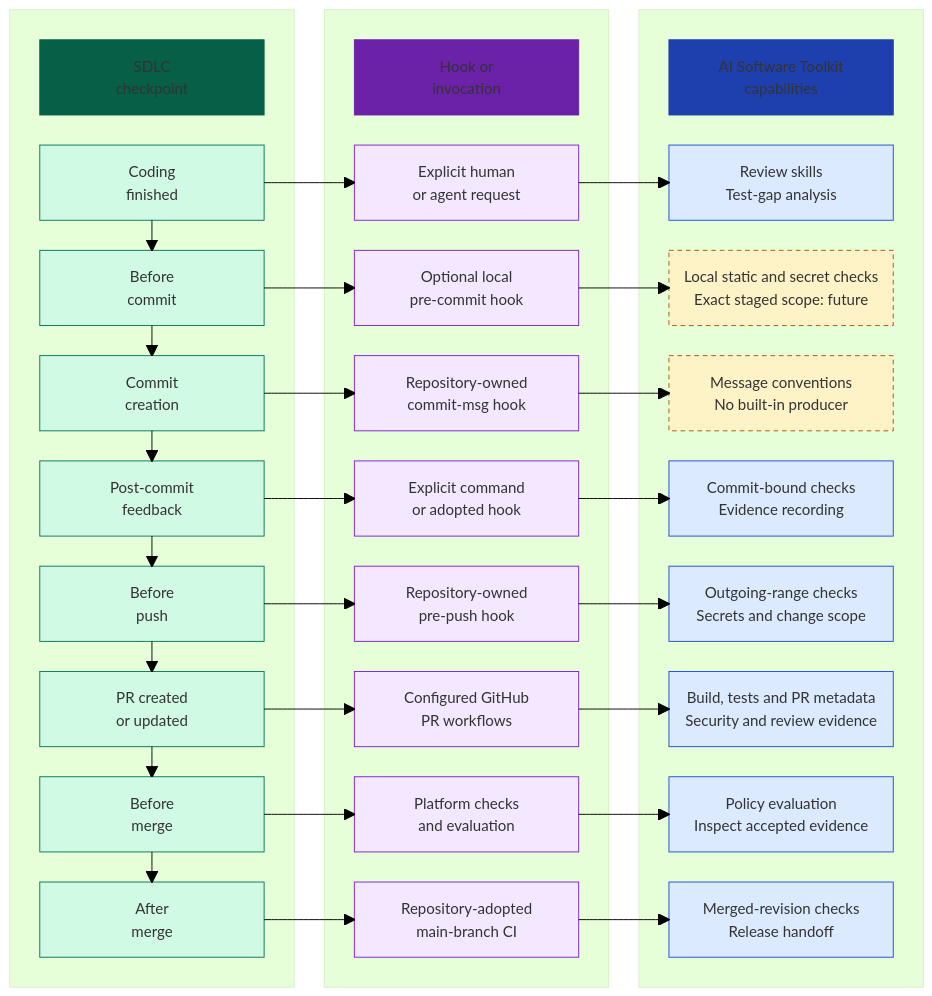
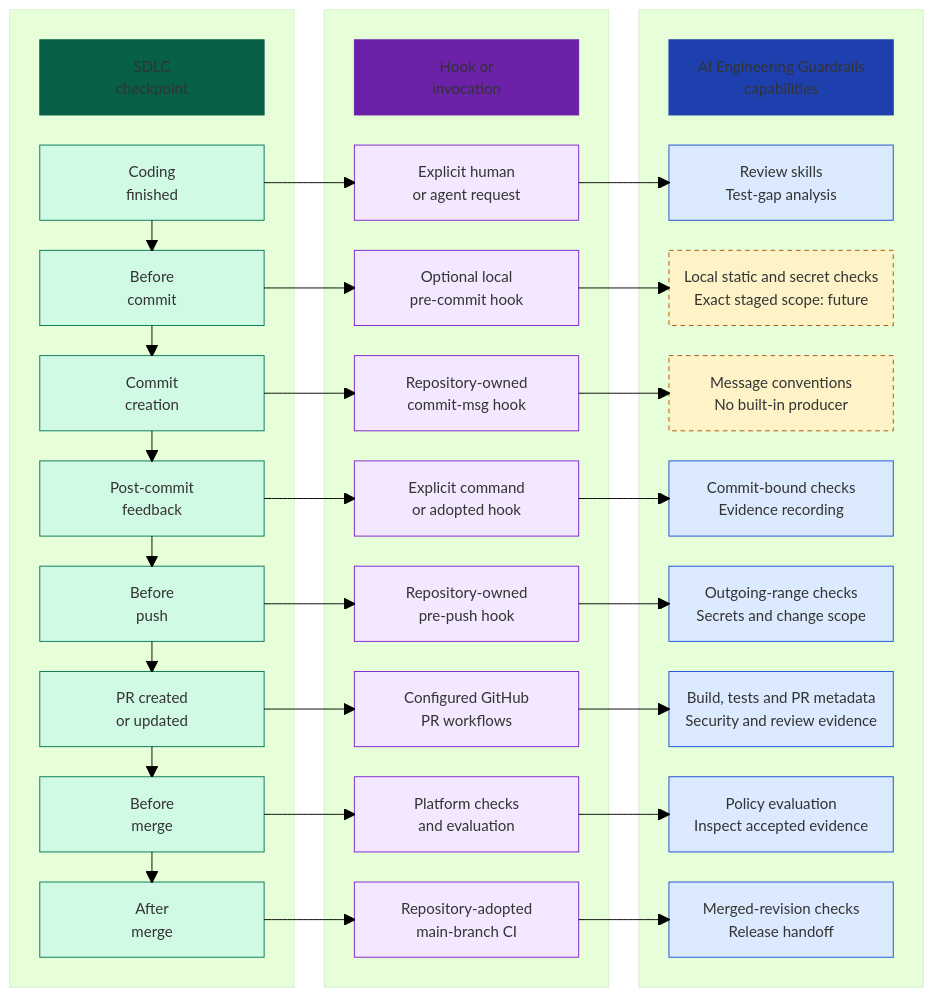
The first of 3 diagrams in README.md (actions-marketplace-validations/ravisingh11_ai-software-toolkit), drawn with Mermaid (forest theme) before and after one commit. The commit also changed other lines of this file and 36 other files, not shown here.

First line of the commit message:
Rename project branding to AI Engineering Guardrails (#172)

```diff
--- a/README.md
+++ b/README.md
@@ -105,7 +108,7 @@
 
   block:toolkit
     columns 1
-    TH["AI Software Toolkit<br/>capabilities"]
+    TH["AI Engineering Guardrails<br/>capabilities"]
     T1["Review skills<br/>Test-gap analysis"]
     T2["Local static and secret checks<br/>Exact staged scope: future"]
     T3["Message conventions<br/>No built-in producer"]
```
